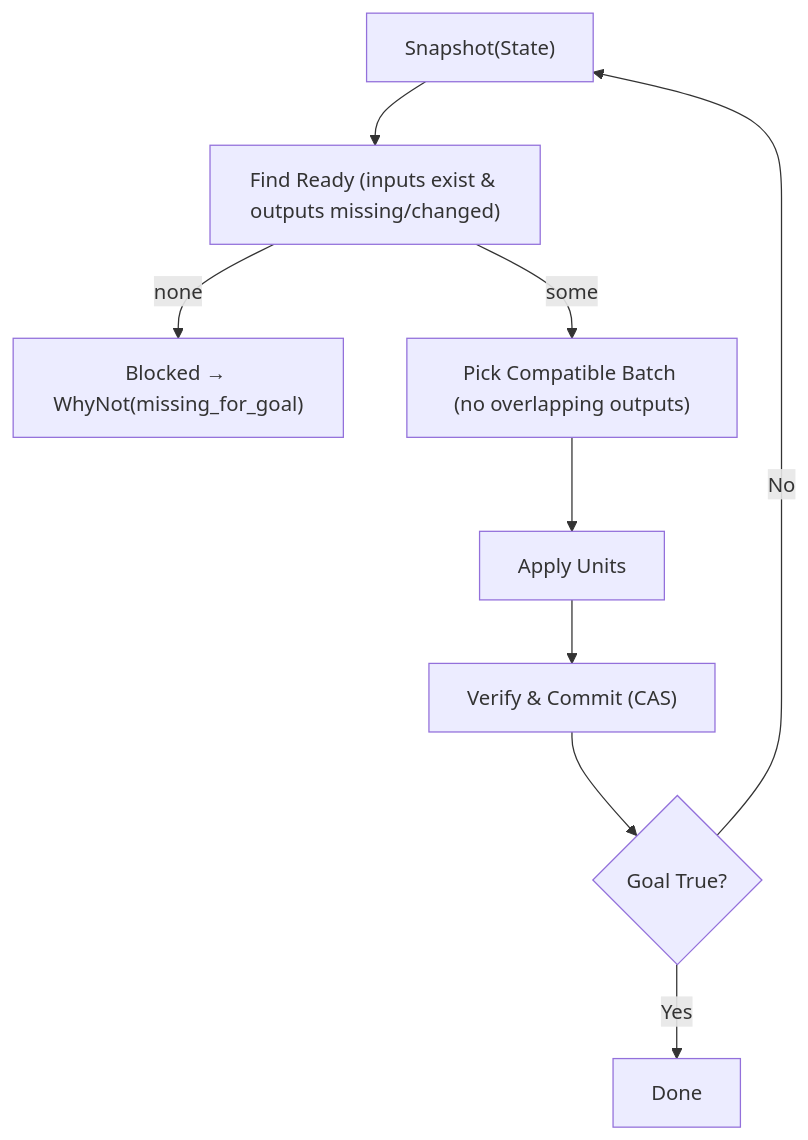
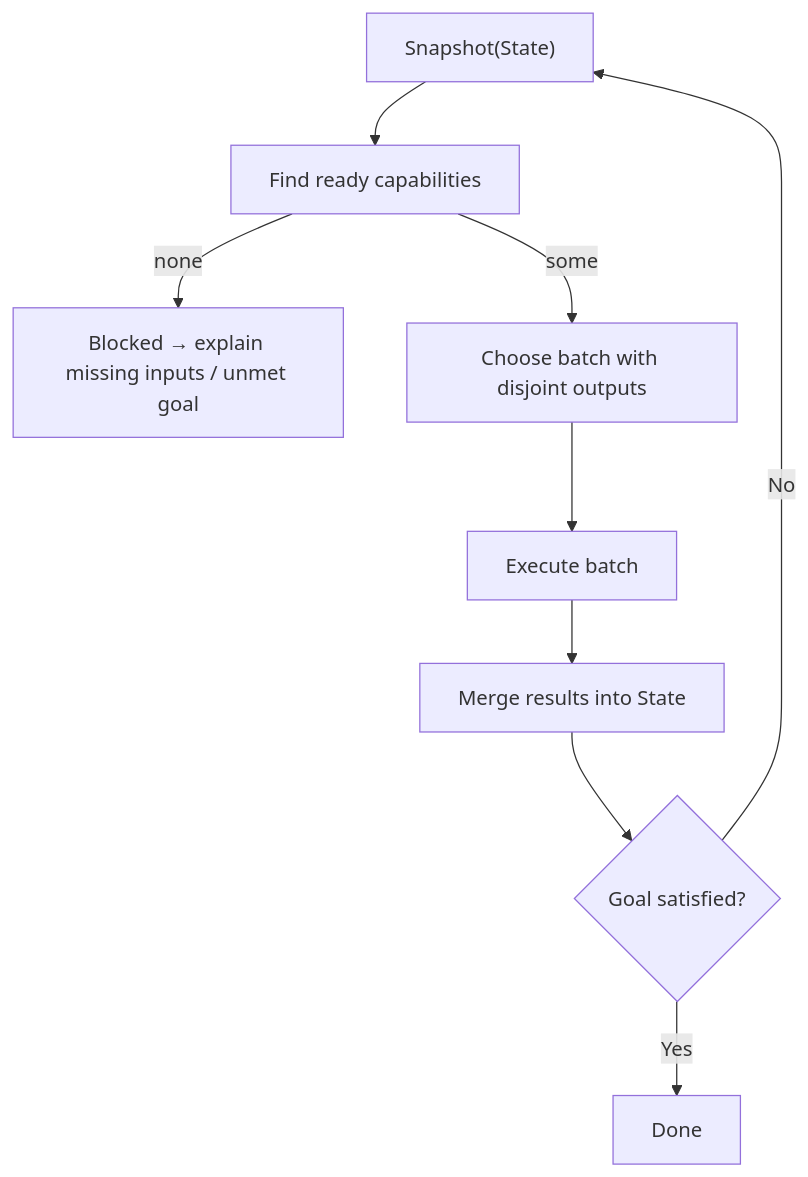
Before and after one commit to skishore23/ranger: the diagram in README.md, drawn with Mermaid. The commit also changed other lines of this file, not shown here.

````diff
--- a/README.md
+++ b/README.md
@@ -121,11 +78,11 @@
 ```mermaid
 flowchart TD
-  S["Snapshot(State)"] --> R["Find Ready (inputs exist & outputs missing/changed)"]
-  R -->|none| B["Blocked → WhyNot(missing_for_goal)"]
-  R -->|some| P["Pick Compatible Batch (no overlapping outputs)"]
-  P --> A["Apply Units"]
-  A --> V["Verify & Commit (CAS)"]
-  V --> C{"Goal True?"}
-  C -- No --> S
-  C -- Yes --> D["Done"]
+  S["Snapshot(State)"] --> R["Find ready capabilities"]
+  R -->|none| B["Blocked → explain missing inputs / unmet goal"]
+  R -->|some| C["Choose batch with disjoint outputs"]
+  C --> E["Execute batch"]
+  E --> M["Merge results into State"]
+  M --> G{"Goal satisfied?"}
+  G -- "No" --> S
+  G -- "Yes" --> D["Done"]
 ```
````
